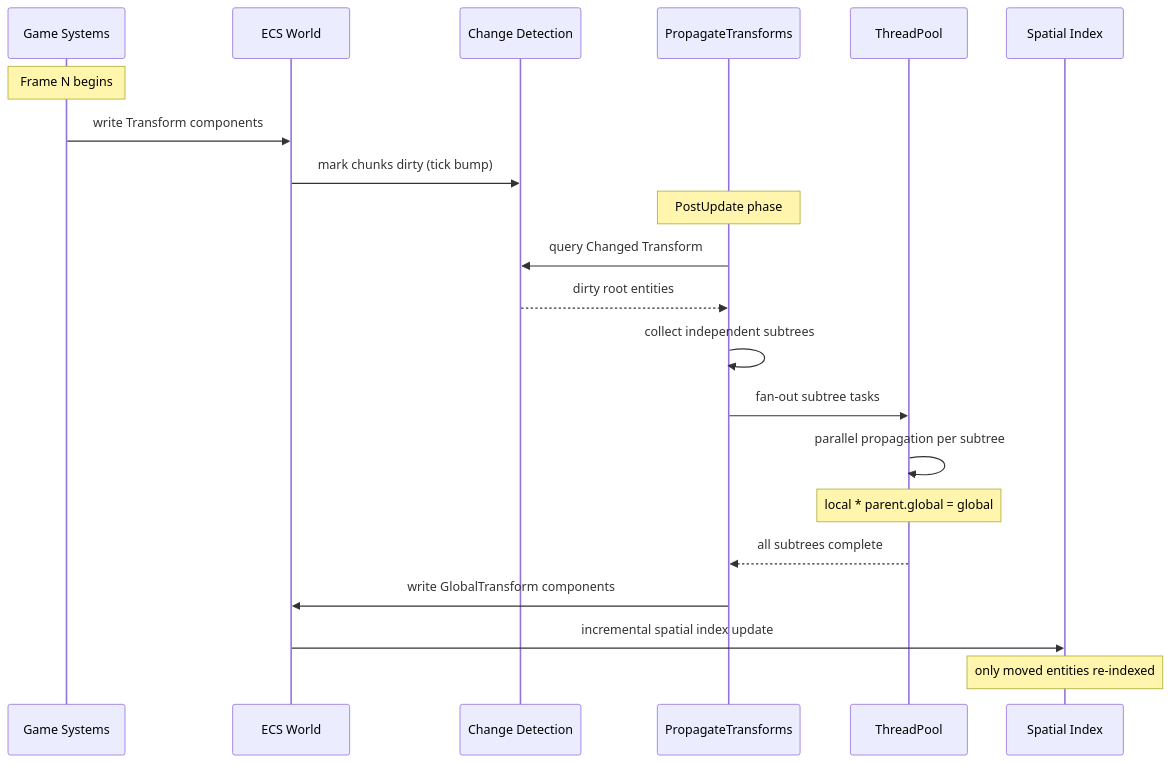
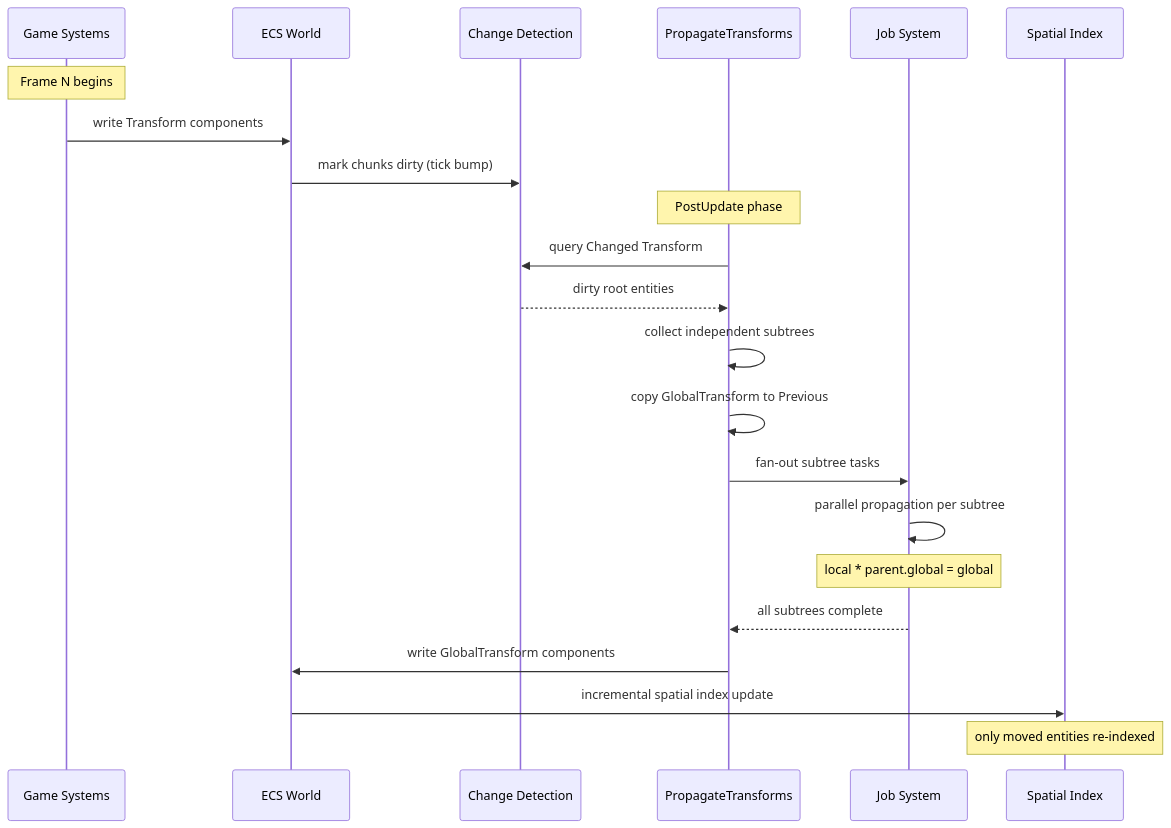
One commit to harmonius-dev/harmonius changed the fifth of 7 diagrams in docs/design/core-runtime/scene-transforms.md. Above: the diagram before and after it, drawn with Mermaid. The commit also changed other lines of this file and 174 other files, not shown here.

````diff
--- a/docs/design/core-runtime/scene-transforms.md
+++ b/docs/design/core-runtime/scene-transforms.md
@@ -1106,27 +1366,28 @@
 ```mermaid
 sequenceDiagram
     participant SYS as Game Systems
     participant ECS as ECS World
     participant CD as Change Detection
     participant PROP as PropagateTransforms
-    participant TP as ThreadPool
+    participant JS as Job System
     participant SI as Spatial Index
 
     Note over SYS: Frame N begins
     SYS->>ECS: write Transform components
     ECS->>CD: mark chunks dirty (tick bump)
 
     Note over PROP: PostUpdate phase
     PROP->>CD: query Changed Transform
     CD-->>PROP: dirty root entities
 
     PROP->>PROP: collect independent subtrees
-    PROP->>TP: fan-out subtree tasks
-    TP->>TP: parallel propagation per subtree
-    Note over TP: local * parent.global = global
+    PROP->>PROP: copy GlobalTransform to Previous
+    PROP->>JS: fan-out subtree tasks
+    JS->>JS: parallel propagation per subtree
+    Note over JS: local * parent.global = global
 
-    TP-->>PROP: all subtrees complete
+    JS-->>PROP: all subtrees complete
     PROP->>ECS: write GlobalTransform components
     ECS->>SI: incremental spatial index update
     Note over SI: only moved entities re-indexed
 ```
````
